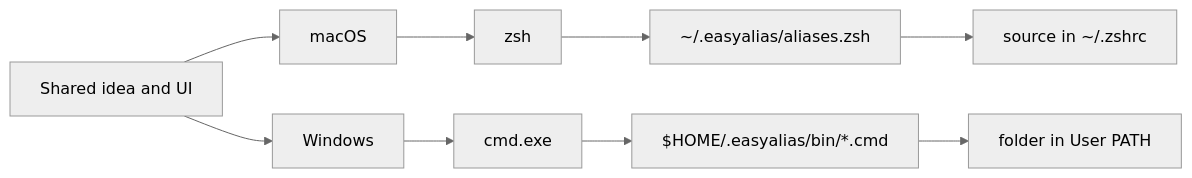
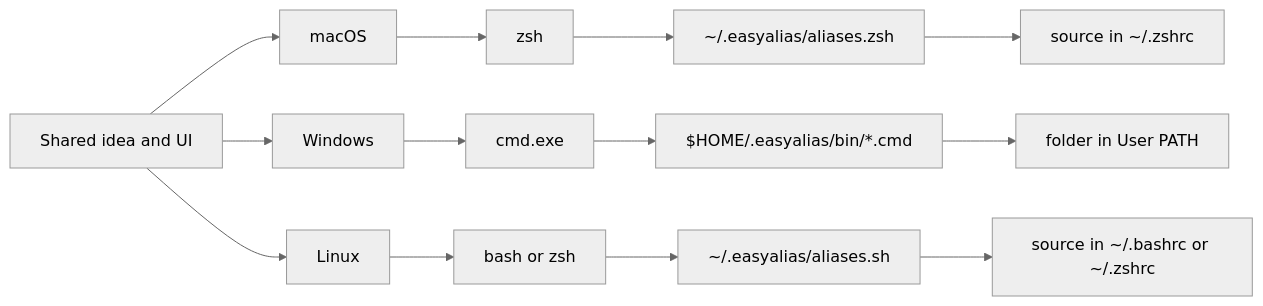
One commit to hannesgnann-hub/easyalias changed the third of 4 diagrams in README.md. Above: the diagram before and after it, drawn with Mermaid (neutral theme). The commit also changed other lines of this file and 20 other files, not shown here.

````diff
--- a/README.md
+++ b/README.md
@@ -171,14 +212,19 @@
 ```mermaid
 flowchart LR
   Shared["Shared idea and UI"]
   Shared --> Mac["macOS"]
   Shared --> Win["Windows"]
+  Shared --> Linux["Linux"]
 
   Mac --> Zsh["zsh"]
   Zsh --> ZshFile["~/.easyalias/aliases.zsh"]
   ZshFile --> Zshrc["source in ~/.zshrc"]
 
   Win --> Cmd["cmd.exe"]
   Cmd --> Bin["$HOME/.easyalias/bin/*.cmd"]
   Bin --> Path["folder in User PATH"]
+
+  Linux --> Shell["bash or zsh"]
+  Shell --> ShellFile["~/.easyalias/aliases.sh"]
+  ShellFile --> ShellRc["source in ~/.bashrc or ~/.zshrc"]
 ```
````
